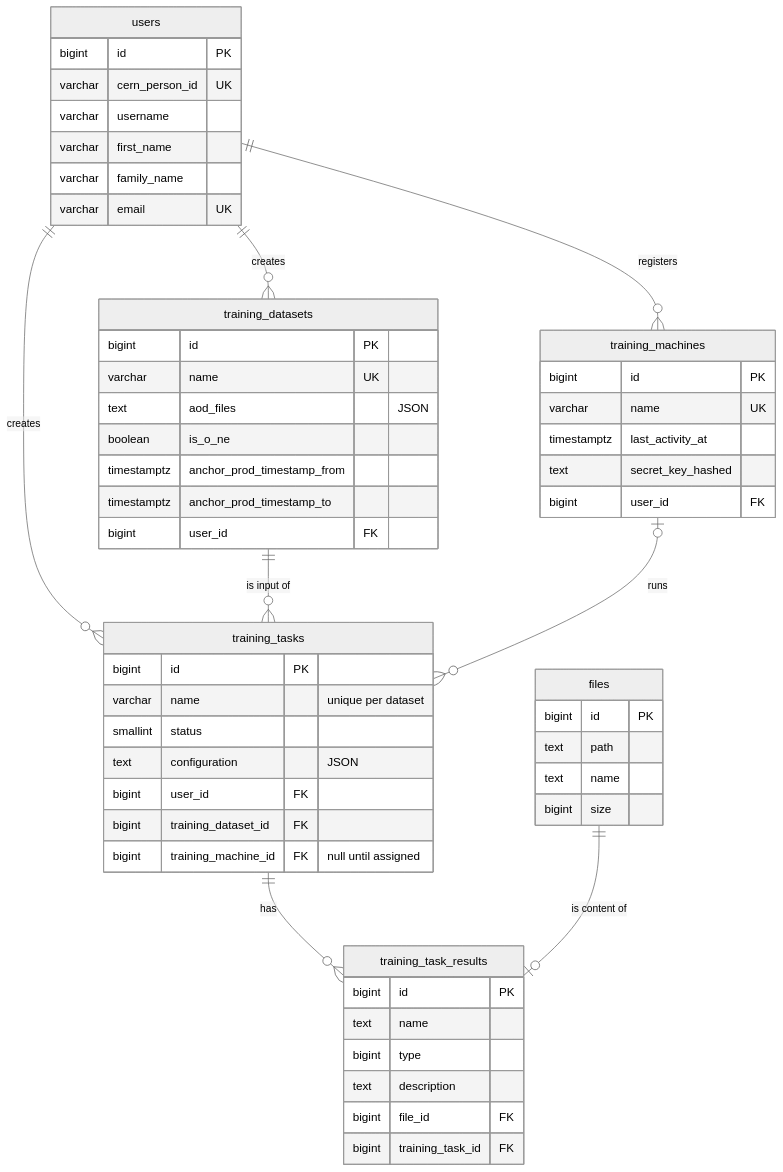
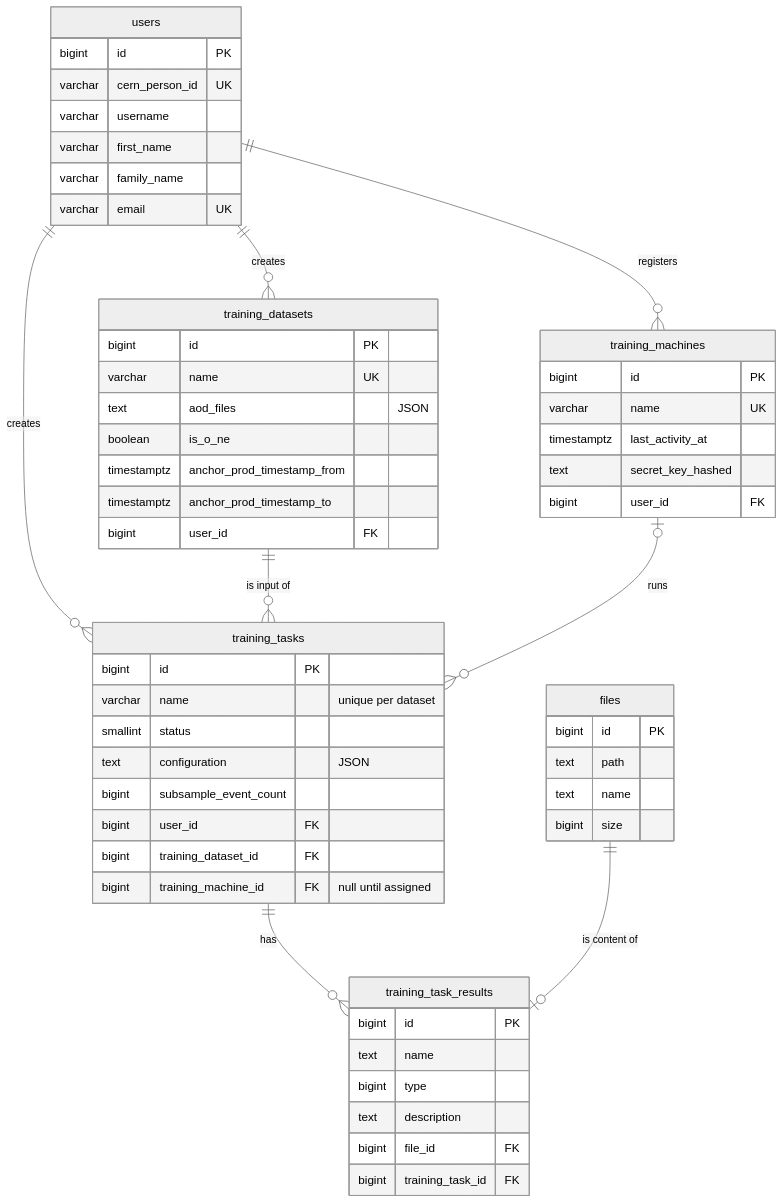
The diagram in docs/3-development/2-data-model.md (mytkom/AliceTraINT), drawn with Mermaid (neutral theme) before and after one commit. The commit also changed other lines of this file, not shown here.

Commit message:
docs: add subsample_event_count to the data model

````diff
--- a/docs/3-development/2-data-model.md
+++ b/docs/3-development/2-data-model.md
@@ -9,61 +9,62 @@
 ```mermaid
 erDiagram
   accTitle: Database
   accDescr: Six tables. A user creates training datasets, training tasks and training machines. A training dataset is the input of many training tasks. A training machine runs many training tasks, and a task has at most one machine. A training task has many training task results, and each result points to one file.
 
   users ||--o{ training_datasets : creates
   users ||--o{ training_tasks : creates
   users ||--o{ training_machines : registers
   training_datasets ||--o{ training_tasks : "is input of"
   training_machines |o--o{ training_tasks : runs
   training_tasks ||--o{ training_task_results : has
   files ||--o| training_task_results : "is content of"
 
   users {
     bigint id PK
     varchar cern_person_id UK
     varchar username
     varchar first_name
     varchar family_name
     varchar email UK
   }
   training_datasets {
     bigint id PK
     varchar name UK
     text aod_files "JSON"
     boolean is_o_ne
     timestamptz anchor_prod_timestamp_from
     timestamptz anchor_prod_timestamp_to
     bigint user_id FK
   }
   training_tasks {
     bigint id PK
     varchar name "unique per dataset"
     smallint status
     text configuration "JSON"
+    bigint subsample_event_count
     bigint user_id FK
     bigint training_dataset_id FK
     bigint training_machine_id FK "null until assigned"
   }
   training_machines {
     bigint id PK
     varchar name UK
     timestamptz last_activity_at
     text secret_key_hashed
     bigint user_id FK
   }
   training_task_results {
     bigint id PK
     text name
     bigint type
     text description
     bigint file_id FK
     bigint training_task_id FK
   }
   files {
     bigint id PK
     text path
     text name
     bigint size
   }
 ```
````
